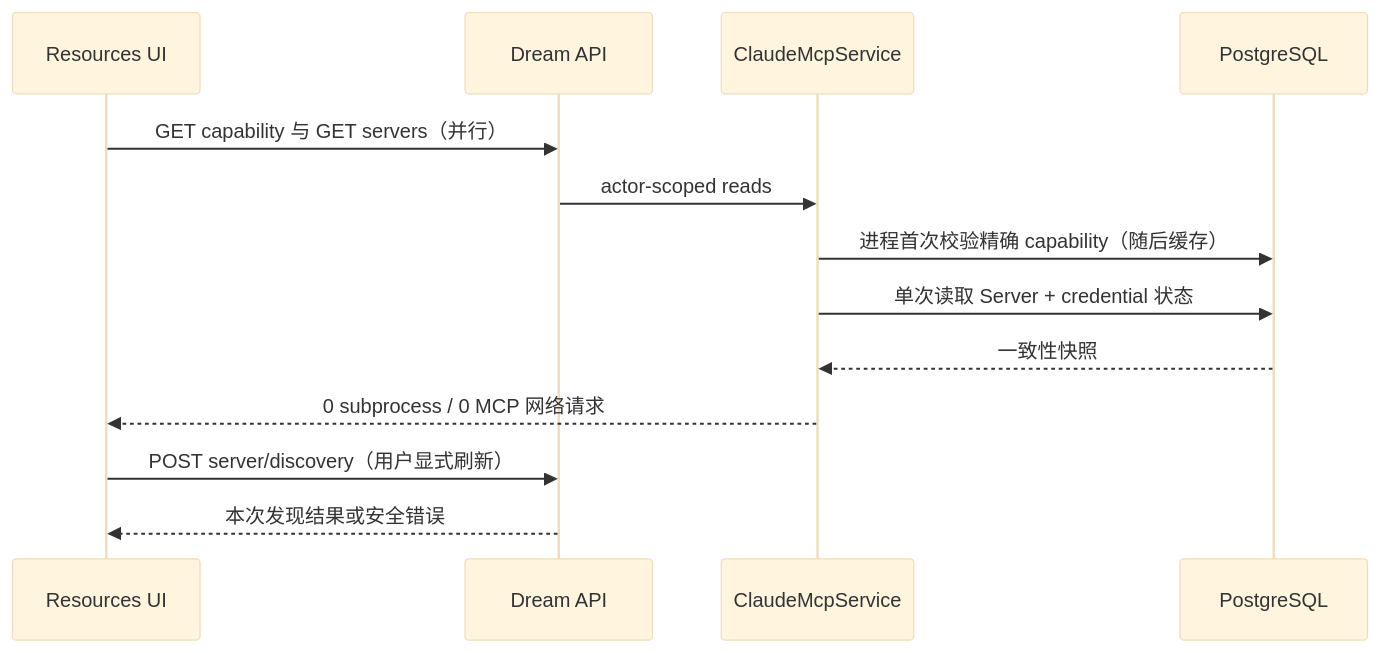
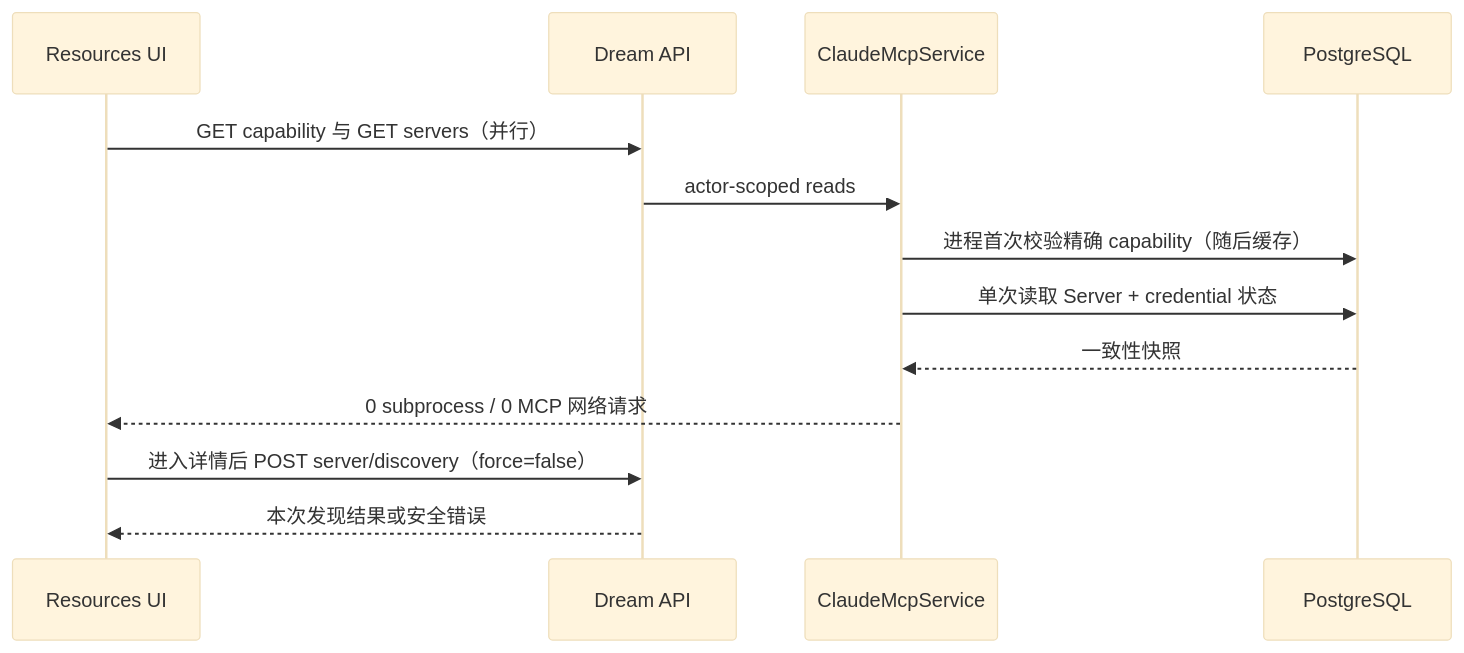
The second of 11 diagrams in docs/design/claude-agent/dream-managed-mcp-resources.md (glide-the/im-dream), drawn with Mermaid (base theme) before and after one commit. The commit also changed other lines of this file and 11 other files, not shown here.

````diff
--- a/docs/design/claude-agent/dream-managed-mcp-resources.md
+++ b/docs/design/claude-agent/dream-managed-mcp-resources.md
@@ -126,15 +126,15 @@
 ```mermaid
 sequenceDiagram
     participant UI as Resources UI
     participant API as Dream API
     participant S as ClaudeMcpService
     participant DB as PostgreSQL
     UI->>API: GET capability 与 GET servers（并行）
     API->>S: actor-scoped reads
     S->>DB: 进程首次校验精确 capability（随后缓存）
     S->>DB: 单次读取 Server + credential 状态
     DB-->>S: 一致性快照
     S-->>UI: 0 subprocess / 0 MCP 网络请求
-    UI->>API: POST server/discovery（用户显式刷新）
+    UI->>API: 进入详情后 POST server/discovery（force=false）
     API-->>UI: 本次发现结果或安全错误
 ```
````
